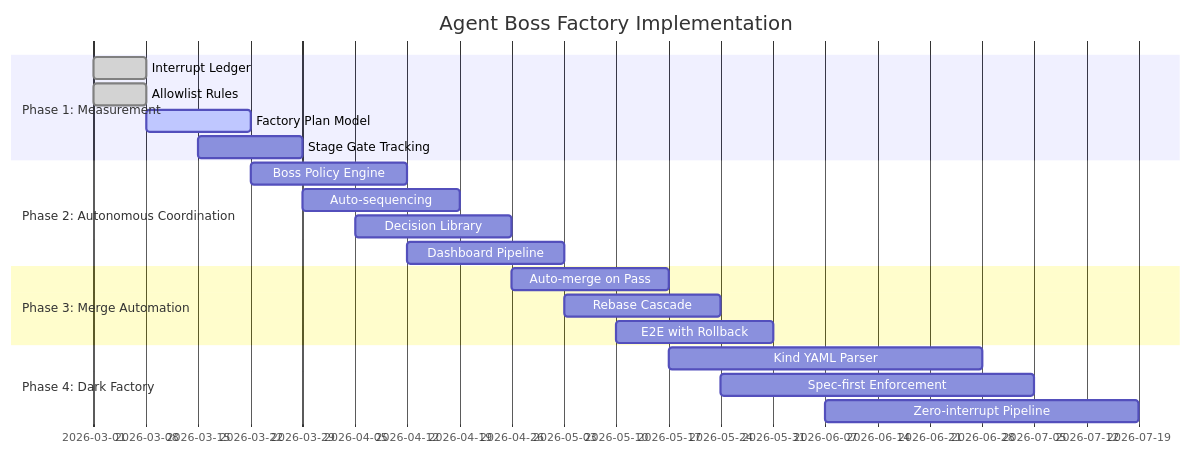
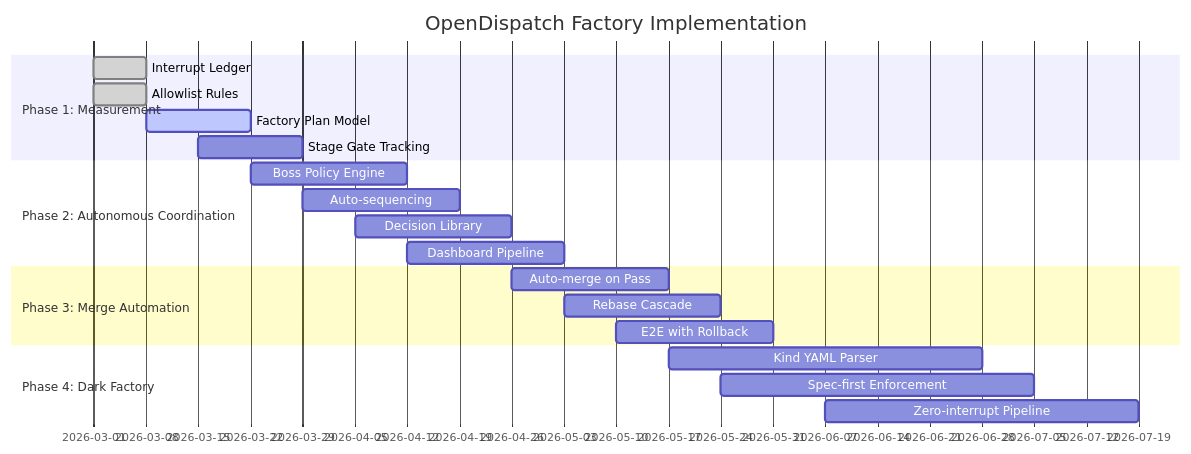
One commit to jsell-rh/agent-boss changed the eighth of 14 diagrams in docs/agent-boss-factory-proposal.md. Above: the diagram before and after it, drawn with Mermaid. The commit also changed other lines of this file and 38 other files, not shown here.

First line of the commit message:
feat(rebrand): Agent Boss → OpenDispatch/oDispatch/odis (TASK-128)

````diff
--- a/docs/agent-boss-factory-proposal.md
+++ b/docs/agent-boss-factory-proposal.md
@@ -290,26 +290,26 @@
 ```mermaid
 gantt
-    title Agent Boss Factory Implementation
+    title OpenDispatch Factory Implementation
     dateFormat  YYYY-MM-DD
     section Phase 1: Measurement
     Interrupt Ledger        :done, phase1a, 2026-03-01, 2026-03-08
     Allowlist Rules        :done, phase1b, 2026-03-01, 2026-03-08
     Factory Plan Model     :active, phase1c, 2026-03-08, 2026-03-22
     Stage Gate Tracking    :phase1d, 2026-03-15, 2026-03-29
     
     section Phase 2: Autonomous Coordination
     Boss Policy Engine     :phase2a, 2026-03-22, 2026-04-12
     Auto-sequencing        :phase2b, 2026-03-29, 2026-04-19
     Decision Library       :phase2c, 2026-04-05, 2026-04-26
     Dashboard Pipeline     :phase2d, 2026-04-12, 2026-05-03
     
     section Phase 3: Merge Automation
     Auto-merge on Pass     :phase3a, 2026-04-26, 2026-05-17
     Rebase Cascade         :phase3b, 2026-05-03, 2026-05-24
     E2E with Rollback      :phase3c, 2026-05-10, 2026-05-31
     
     section Phase 4: Dark Factory
     Kind YAML Parser       :phase4a, 2026-05-17, 2026-06-28
     Spec-first Enforcement :phase4b, 2026-05-24, 2026-07-05
     Zero-interrupt Pipeline:phase4c, 2026-06-07, 2026-07-19
 ```
````
